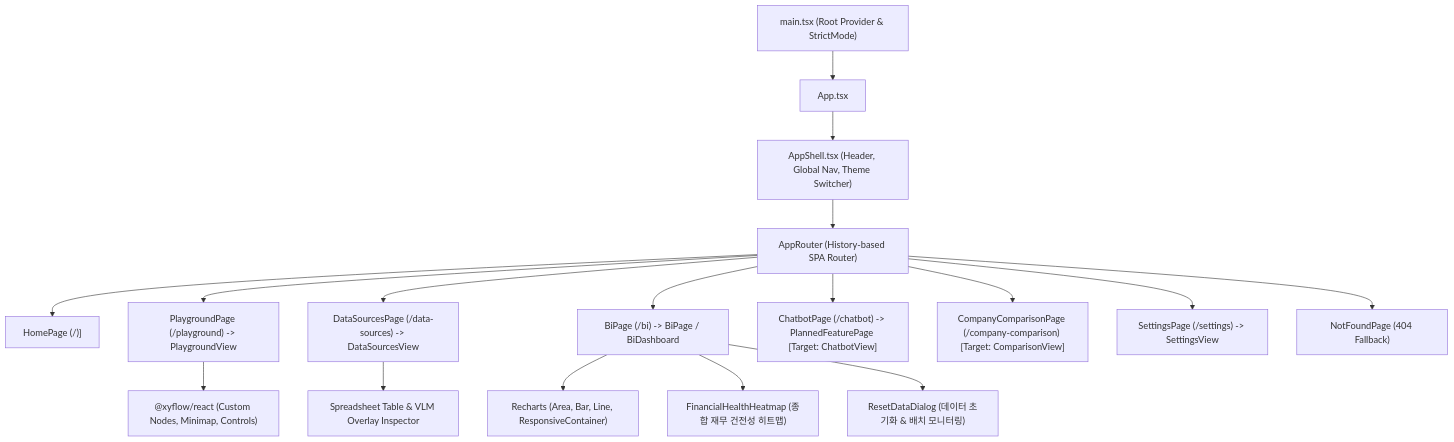
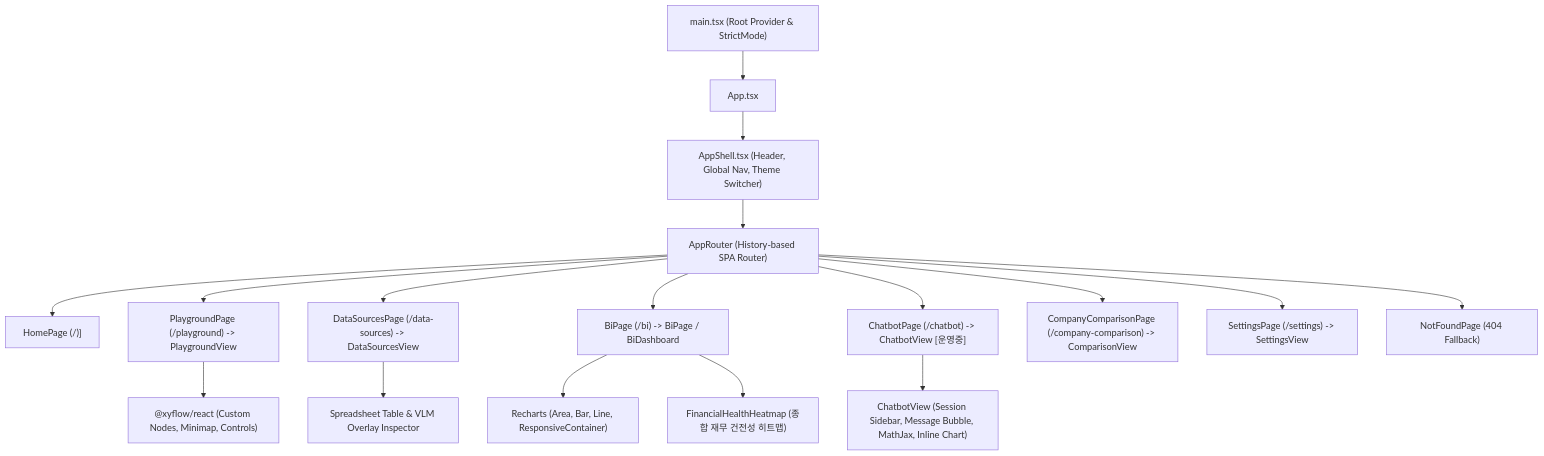
One commit to bist-mini-final/bist-mini-final changed the diagram in docs/blueprints/06_frontend_blueprints/BP-601_frontend_component_wiring.md. Above: the diagram before and after it, drawn with Mermaid. The commit also changed other lines of this file and 4 other files, not shown here.

````diff
--- a/docs/blueprints/06_frontend_blueprints/BP-601_frontend_component_wiring.md
+++ b/docs/blueprints/06_frontend_blueprints/BP-601_frontend_component_wiring.md
@@ -11,22 +9,22 @@
 ```mermaid
 graph TD
     ROOT["main.tsx (Root Provider & StrictMode)"] --> APP["App.tsx"]
     APP --> SHELL["AppShell.tsx (Header, Global Nav, Theme Switcher)"]
     
     SHELL --> ROUTER["AppRouter (History-based SPA Router)"]
     
     ROUTER --> P_HOME["HomePage (/)]"]
     ROUTER --> P_PLAY["PlaygroundPage (/playground) -> PlaygroundView"]
     ROUTER --> P_DS["DataSourcesPage (/data-sources) -> DataSourcesView"]
     ROUTER --> P_BI["BiPage (/bi) -> BiPage / BiDashboard"]
-    ROUTER --> P_CHAT["ChatbotPage (/chatbot) -> PlannedFeaturePage [Target: ChatbotView]"]
-    ROUTER --> P_COMP["CompanyComparisonPage (/company-comparison) [Target: ComparisonView]"]
+    ROUTER --> P_CHAT["ChatbotPage (/chatbot) -> ChatbotView [운영중]"]
+    ROUTER --> P_COMP["CompanyComparisonPage (/company-comparison) -> ComparisonView"]
     ROUTER --> P_SET["SettingsPage (/settings) -> SettingsView"]
     ROUTER --> P_404["NotFoundPage (404 Fallback)"]
 
     P_PLAY --> XYFLOW["@xyflow/react (Custom Nodes, Minimap, Controls)"]
     P_DS --> GRID_VIEW["Spreadsheet Table & VLM Overlay Inspector"]
     P_BI --> RECHARTS["Recharts (Area, Bar, Line, ResponsiveContainer)"]
     P_BI --> HEATMAP["FinancialHealthHeatmap (종합 재무 건전성 히트맵)"]
-    P_BI --> RESET_DLG["ResetDataDialog (데이터 초기화 & 배치 모니터링)"]
+    P_CHAT --> CHAT_VIEW["ChatbotView (Session Sidebar, Message Bubble, MathJax, Inline Chart)"]
 ```
````
